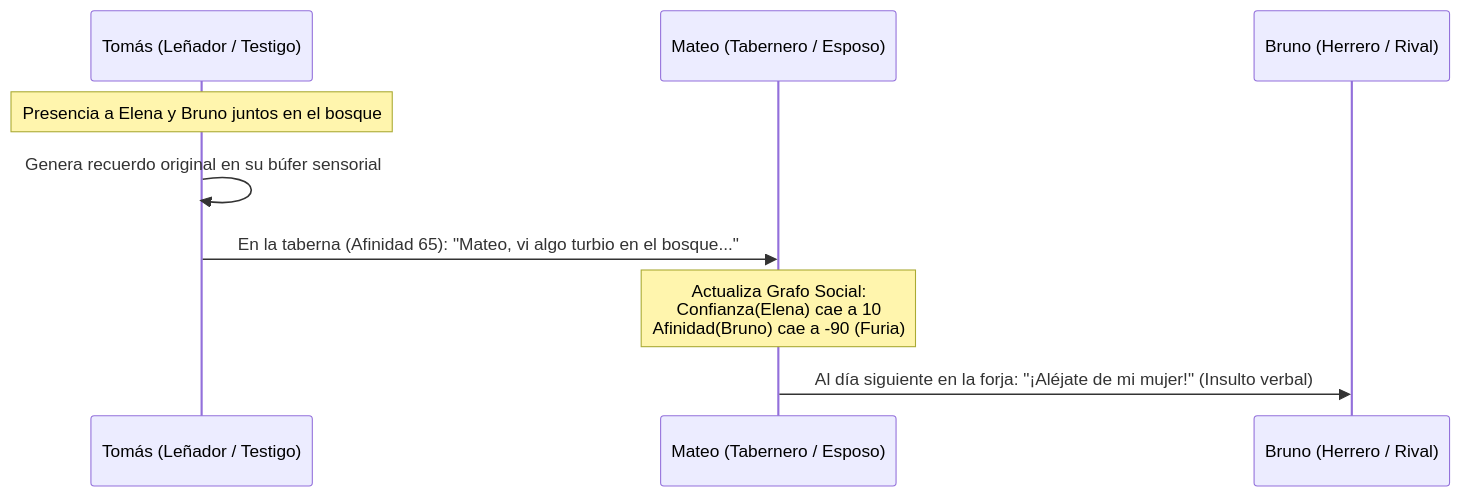
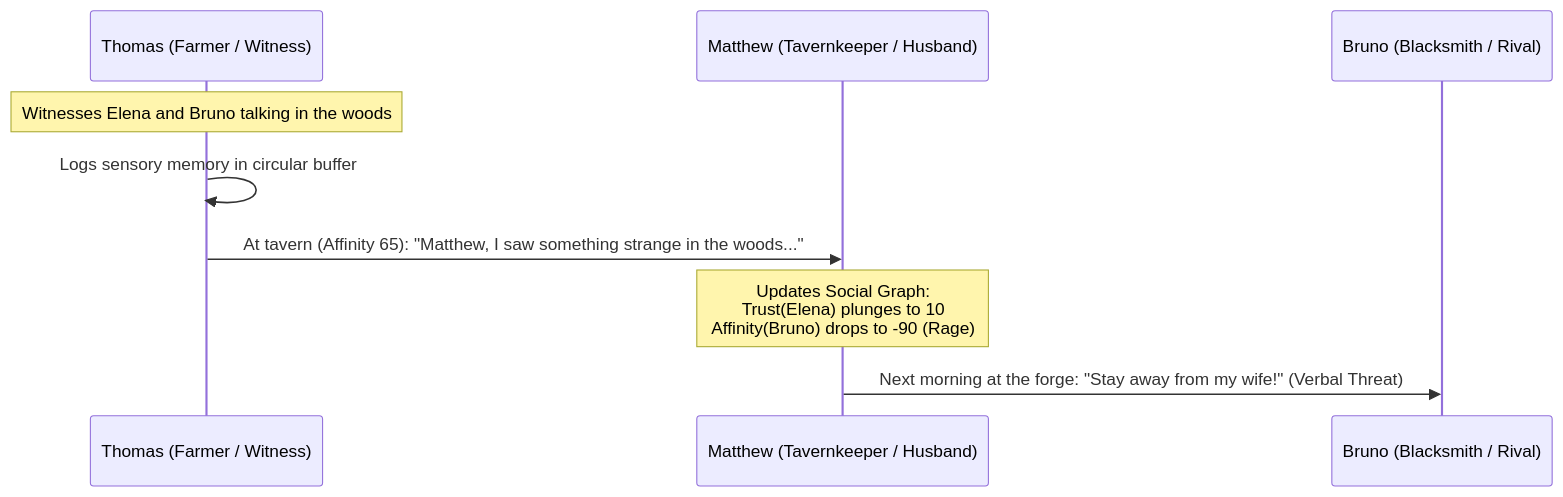
One commit to mcarbonell/sentient-npc-architecture changed the diagram in docs/03-social-graph-and-drama-engine.md. Above: the diagram before and after it, drawn with Mermaid. The commit also changed other lines of this file and 7 other files, not shown here.

Commit message:
docs: add comprehensive design and architecture documentation for sentient NPC system

````diff
--- a/docs/03-social-graph-and-drama-engine.md
+++ b/docs/03-social-graph-and-drama-engine.md
@@ -106,12 +106,12 @@
 ```mermaid
 sequenceDiagram
-    participant Tomas as Tomás (Leñador / Testigo)
-    participant Mateo as Mateo (Tabernero / Esposo)
-    participant Bruno as Bruno (Herrero / Rival)
+    participant Thomas as Thomas (Farmer / Witness)
+    participant Matthew as Matthew (Tavernkeeper / Husband)
+    participant Bruno as Bruno (Blacksmith / Rival)
 
-    Note over Tomas: Presencia a Elena y Bruno juntos en el bosque
-    Tomas->>Tomas: Genera recuerdo original en su búfer sensorial
-    Tomas->>Mateo: En la taberna (Afinidad 65): "Mateo, vi algo turbio en el bosque..."
-    Note over Mateo: Actualiza Grafo Social:<br/>Confianza(Elena) cae a 10<br/>Afinidad(Bruno) cae a -90 (Furia)
-    Mateo->>Bruno: Al día siguiente en la forja: "¡Aléjate de mi mujer!" (Insulto verbal)
+    Note over Thomas: Witnesses Elena and Bruno talking in the woods
+    Thomas->>Thomas: Logs sensory memory in circular buffer
+    Thomas->>Matthew: At tavern (Affinity 65): "Matthew, I saw something strange in the woods..."
+    Note over Matthew: Updates Social Graph:<br/>Trust(Elena) plunges to 10<br/>Affinity(Bruno) drops to -90 (Rage)
+    Matthew->>Bruno: Next morning at the forge: "Stay away from my wife!" (Verbal Threat)
 ```
````
